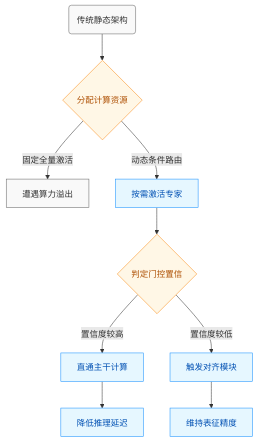
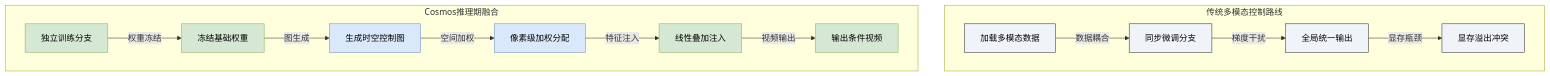
Before and after one commit to ShinewineW/paper-rolling: diagram 11 of 11 in person_vault/2026-06-07_CosmosTransfer1_2503.14492/report.md, drawn with Mermaid. The commit also changed other lines of this file and 51 other files, not shown here.

````diff
--- a/person_vault/2026-06-07_CosmosTransfer1_2503.14492/report.md
+++ b/person_vault/2026-06-07_CosmosTransfer1_2503.14492/report.md
@@ -430,17 +592,25 @@
 ```mermaid
-flowchart TD
-    start(传统静态架构) --> route{分配计算资源}
-    route -->|固定全量激活| fail["遭遇算力溢出"]
-    route -->|动态条件路由| expert["按需激活专家"]
-    expert --> gate{判定门控置信}
-    gate -->|置信度较高| pass["直通主干计算"]
-    gate -->|置信度较低| align["触发对齐模块"]
-    pass --> end1["降低推理延迟"]
-    align --> end2["维持表征精度"]
-    classDef legacy fill:#f9f9f9,stroke:#666,color:#333;
-    classDef proposed fill:#e6f7ff,stroke:#1890ff,color:#0050b3;
-    classDef decision fill:#fff7e6,stroke:#fa8c16,color:#ad4e00;
-    class start,route,fail legacy;
-    class expert,gate,pass,align,end1,end2 proposed;
-    class route,gate decision;
+flowchart TB
+    classDef base fill:#f0f4f8,stroke:#333,stroke-width:1px,color:#000;
+    classDef joint fill:#ffe6cc,stroke:#d79b00,stroke-width:1px,color:#000;
+    classDef cosmos fill:#d5e8d4,stroke:#82b366,stroke-width:1px,color:#000;
+    classDef map fill:#dae8fc,stroke:#6c8ebf,stroke-width:1px,color:#000;
+
+    subgraph 传统多模态路线 ["传统多模态控制路线"]
+        load_data["加载多模态数据"] -->|数据耦合| joint_train["同步微调分支"]
+        joint_train -->|梯度干扰| global_output["全局统一输出"]
+        global_output -->|显存瓶颈| oom_conflict["显存溢出冲突"]
+    end
+
+    subgraph Cosmos推理融合 ["Cosmos推理期融合"]
+        indep_train["独立训练分支"] -->|权重冻结| freeze_base["冻结基础权重"]
+        freeze_base -->|图生成| gen_map["生成时空控制图"]
+        gen_map -->|空间加权| pixel_weight["像素级加权分配"]
+        pixel_weight -->|特征注入| linear_inject["线性叠加注入"]
+        linear_inject -->|视频输出| gen_video["输出条件视频"]
+    end
+
+    class load_data,joint_train,global_output,oom_conflict base;
+    class indep_train,freeze_base,linear_inject,gen_video cosmos;
+    class gen_map,pixel_weight map;
 ```
````
